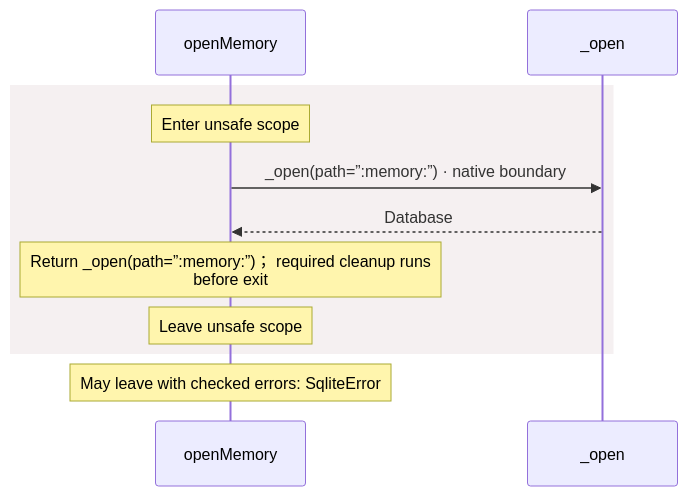
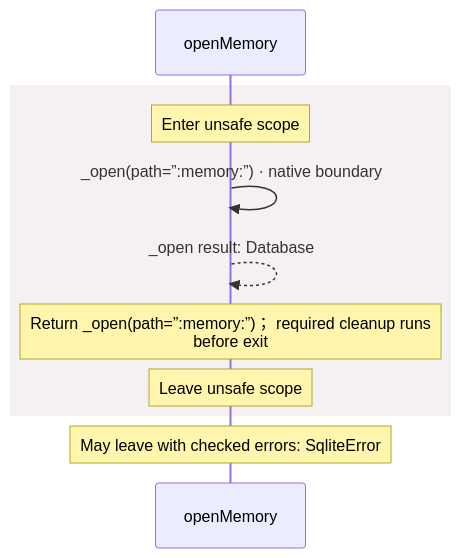
Before and after one commit to GreenPandaStudios/augscript: the fourth of 6 diagrams in docs/examples/native-sqlite/dependencies/packages/@greenpandastudios/aug-sqlite/0.1.5/api-diagrams.md, drawn with Mermaid. The commit also changed other lines of this file and 304 other files, not shown here.

Commit message:
Make generated data-flow sequences concise and review every diagram

````diff
--- a/docs/examples/native-sqlite/dependencies/packages/@greenpandastudios/aug-sqlite/0.1.5/api-diagrams.md
+++ b/docs/examples/native-sqlite/dependencies/packages/@greenpandastudios/aug-sqlite/0.1.5/api-diagrams.md
@@ -131,13 +108,13 @@
 ```mermaid
 sequenceDiagram
     participant p0 as openMemory
-    participant p1 as _open
+
     rect rgb(245, 240, 241)
     Note over p0: Enter unsafe scope
-    p0->>p1: _open(path=”:memory:”) · native boundary
-    p1-->>p0: Database
+    p0->>p0: _open(path=”:memory:”) · native boundary
+    p0-->>p0: _open result: Database
     Note over p0: Return _open(path=”:memory:”)； required cleanup runs<br/>before exit
     Note over p0: Leave unsafe scope
     end
     Note over p0: May leave with checked errors: SqliteError
 ```
````
